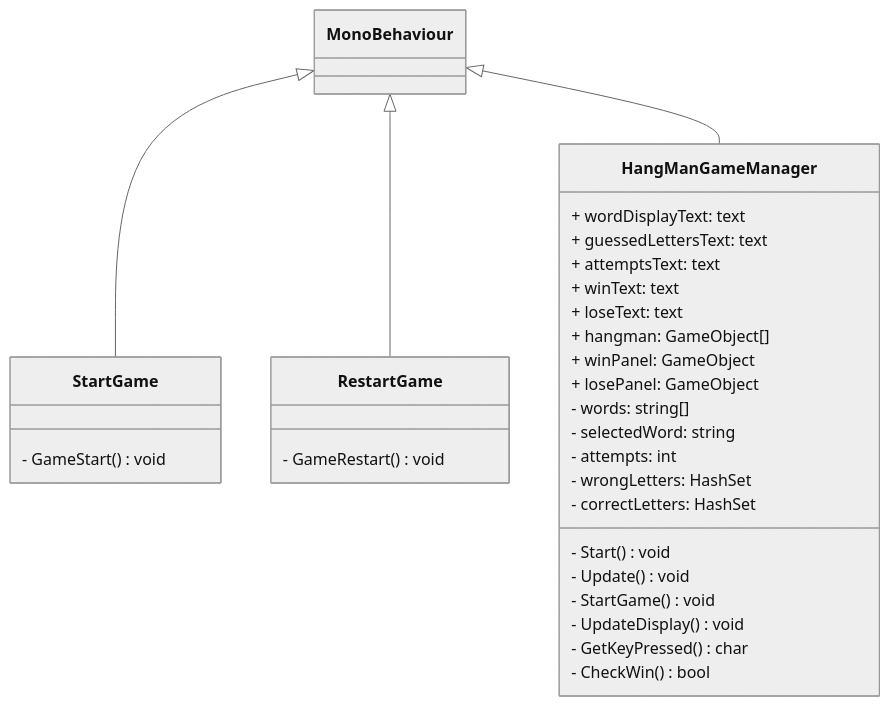
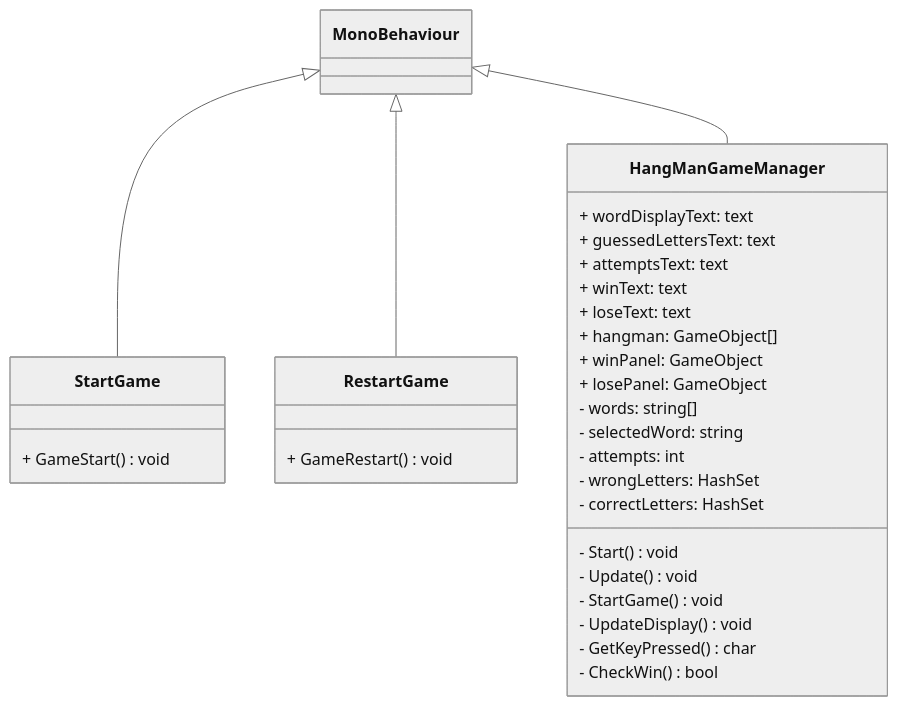
Before and after one commit to 4ahmns-sosem-2324/12-Hangman-hjauch: the diagram in README.md, drawn with Mermaid (neutral theme).

````diff
--- a/README.md
+++ b/README.md
@@ -2,34 +2,34 @@
 ```mermaid
 classDiagram
     MonoBehaviour <|-- StartGame
     MonoBehaviour <|-- RestartGame
     MonoBehaviour <|-- HangManGameManager
    
     class StartGame {
-        - GameStart() void
+        + GameStart() void
     }
     class RestartGame {
-        - GameRestart() void
+        + GameRestart() void
     }
     class HangManGameManager {
         + wordDisplayText: text
         + guessedLettersText: text
         + attemptsText: text
         + winText: text
         + loseText: text
         + hangman: GameObject[]
         + winPanel: GameObject
         + losePanel: GameObject
         - words: string[]
         - selectedWord: string
         - attempts: int
         - wrongLetters: HashSet
         - correctLetters: HashSet
         - Start() void
         - Update() void
         - StartGame() void
         - UpdateDisplay() void
         - GetKeyPressed() char
         - CheckWin() bool
     }
 ```
````
